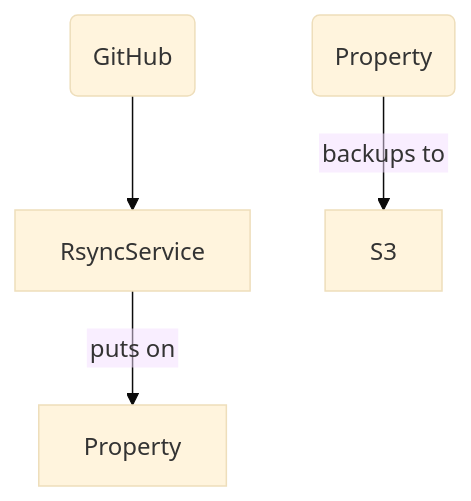
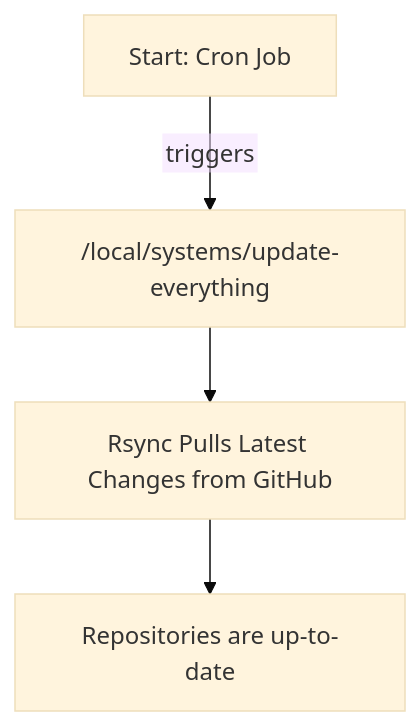
One commit to neighbourhoodie/stf-php-ansible changed the diagram in Properties.md. Above: the diagram before and after it, drawn with Mermaid (base theme). The commit also changed other lines of this file and 1 other file, not shown here.

Commit message:
docs: more rsync

````diff
--- a/Properties.md
+++ b/Properties.md
@@ -8,6 +22,7 @@
 ```mermaid
 %%{init: {"flowchart": {"htmlLabels": false}} }%%
-flowchart TB
-  1(GitHub) --> RsyncService -- puts on --> Property
-  2(Property) -- backups to --> S3
+flowchart TD
+  A[Start: Cron Job] -- triggers --> B["/local/systems/update-everything"]
+  B --> C[Rsync Pulls Latest Changes from GitHub]
+  C --> D[Repositories are up-to-date]
 ```
````
